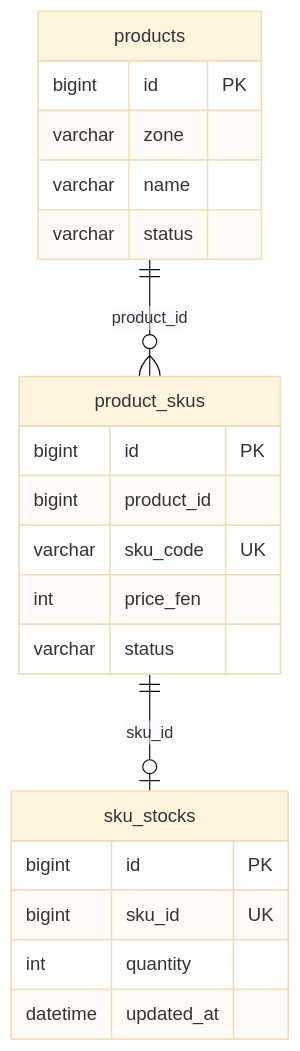
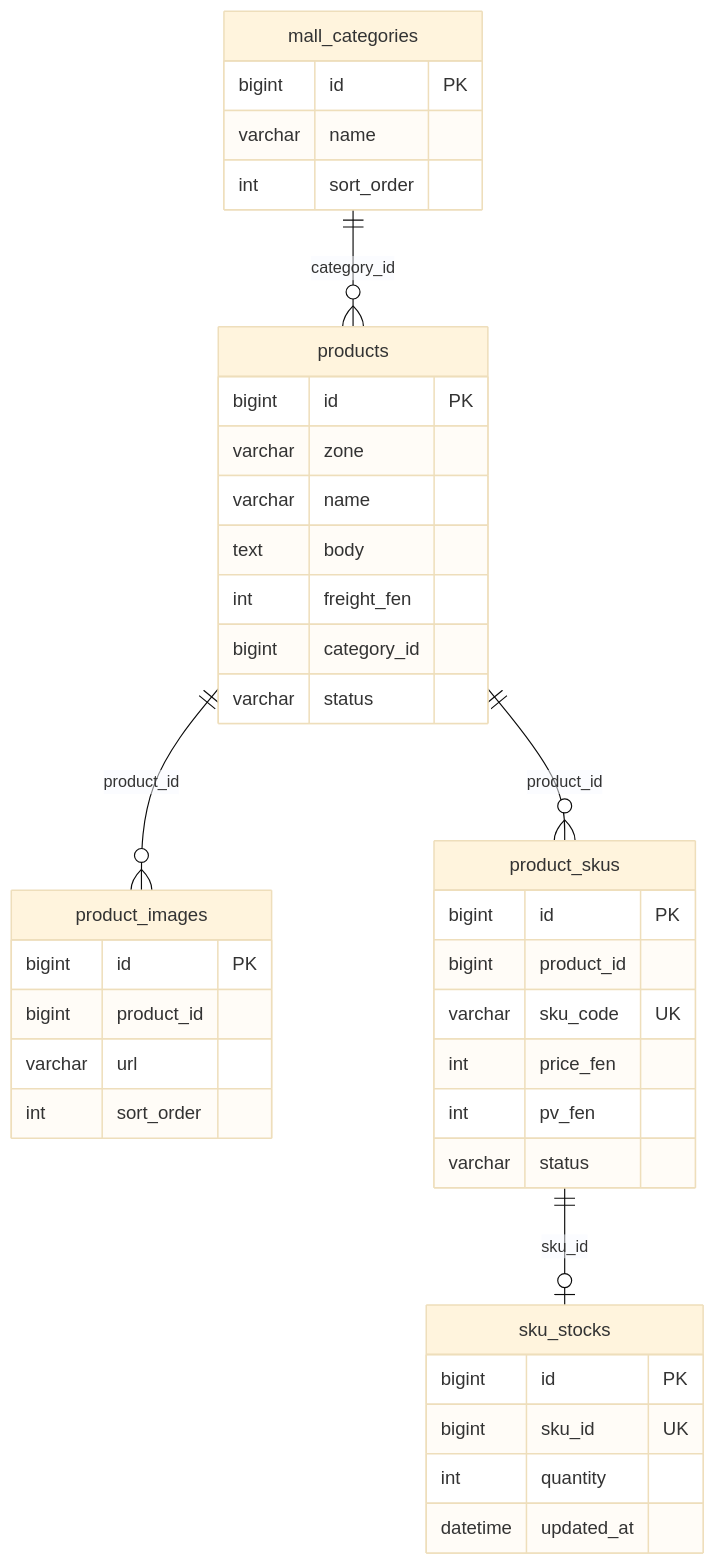
One commit to songyunhmiLY/aurel-mall-api changed the diagram in docs/er/02-catalog.mmd. Above: the diagram before and after it, drawn with Mermaid (base theme). The commit also changed 55 other files, not shown here.

```diff
--- a/docs/er/02-catalog.mmd
+++ b/docs/er/02-catalog.mmd
@@ -1,23 +1,40 @@
 erDiagram
+  mall_categories ||--o{ products : "category_id"
+  products ||--o{ product_images : "product_id"
   products ||--o{ product_skus : "product_id"
   product_skus ||--o| sku_stocks : "sku_id"
 
+  mall_categories {
+    bigint id PK
+    varchar name
+    int sort_order
+  }
   products {
     bigint id PK
     varchar zone
     varchar name
+    text body
+    int freight_fen
+    bigint category_id
     varchar status
+  }
+  product_images {
+    bigint id PK
+    bigint product_id
+    varchar url
+    int sort_order
   }
   product_skus {
     bigint id PK
     bigint product_id
     varchar sku_code UK
     int price_fen
+    int pv_fen
     varchar status
   }
   sku_stocks {
     bigint id PK
     bigint sku_id UK
     int quantity
     datetime updated_at
   }
```
